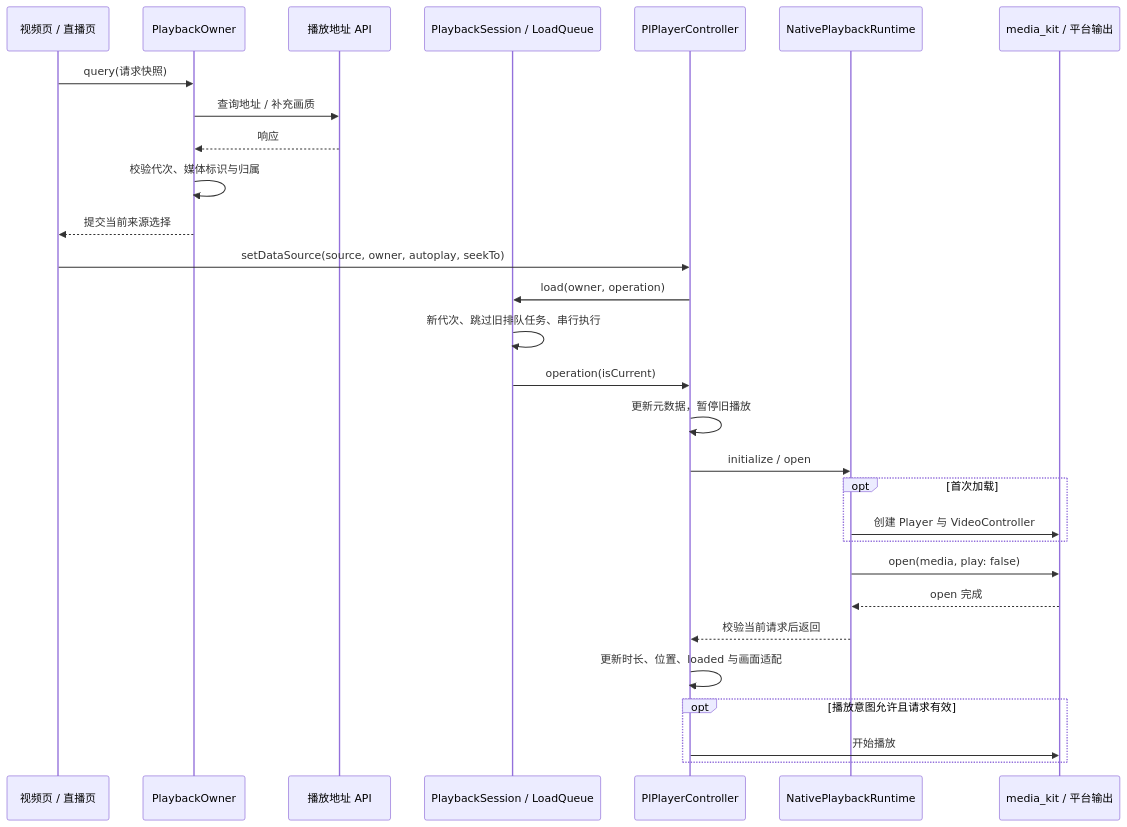
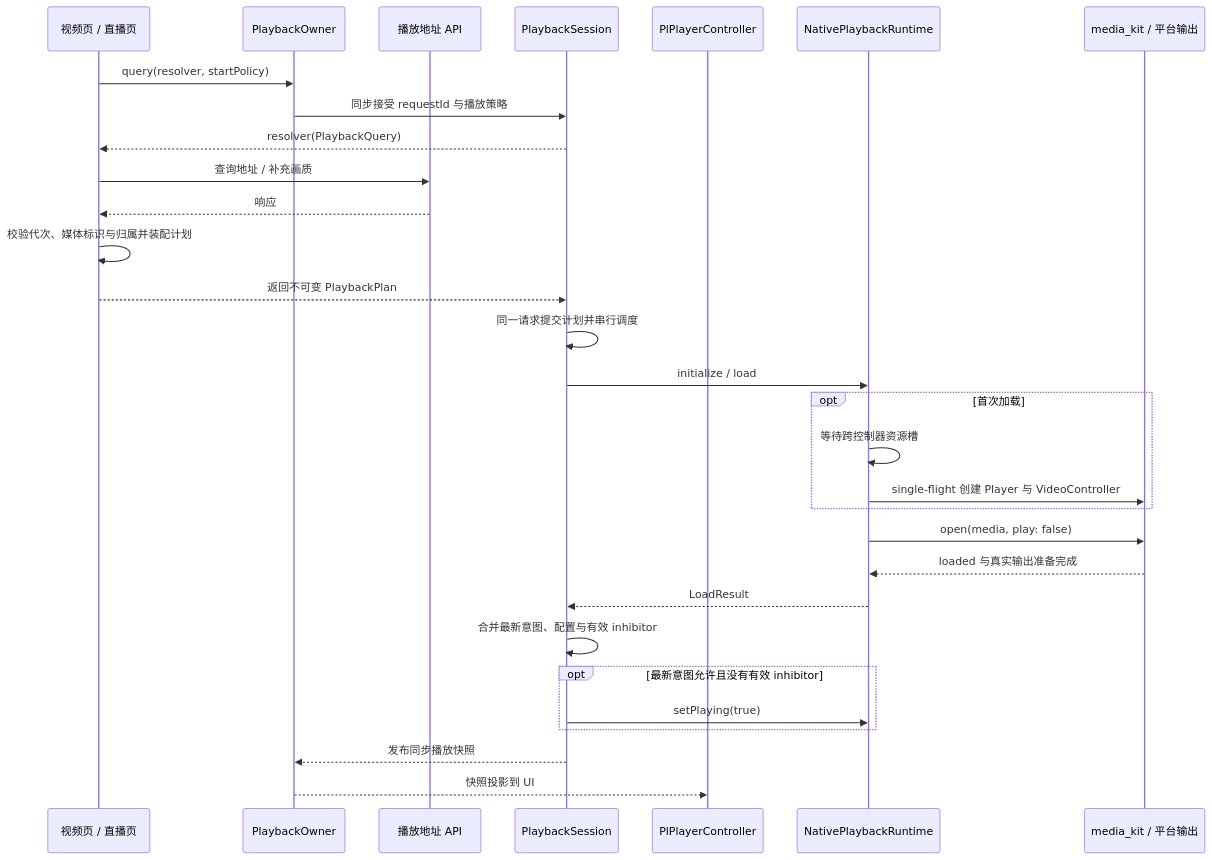
Before and after one commit to Arukasaeled/PiliAurora: the third of 8 diagrams in doc/runtime-flows.md, drawn with Mermaid. The commit also changed other lines of this file and 3 other files, not shown here.

Commit message:
docs(player): describe session lifecycle and device validation

````diff
--- a/doc/runtime-flows.md
+++ b/doc/runtime-flows.md
@@ -83,32 +85,33 @@
 ```mermaid
 sequenceDiagram
     participant Page as 视频页 / 直播页
     participant Owner as PlaybackOwner
     participant Http as 播放地址 API
-    participant Session as PlaybackSession / LoadQueue
+    participant Session as PlaybackSession
     participant C as PlPlayerController
     participant Runtime as NativePlaybackRuntime
     participant P as media_kit / 平台输出
 
-    Page->>Owner: query(请求快照)
-    Owner->>Http: 查询地址 / 补充画质
-    Http-->>Owner: 响应
-    Owner->>Owner: 校验代次、媒体标识与归属
-    Owner-->>Page: 提交当前来源选择
-    Page->>C: setDataSource(source, owner, autoplay, seekTo)
-    C->>Session: load(owner, operation)
-    Session->>Session: 新代次、跳过旧排队任务、串行执行
-    Session->>C: operation(isCurrent)
-    C->>C: 更新元数据，暂停旧播放
-    C->>Runtime: initialize / open
+    Page->>Owner: query(resolver, startPolicy)
+    Owner->>Session: 同步接受 requestId 与播放策略
+    Session-->>Page: resolver(PlaybackQuery)
+    Page->>Http: 查询地址 / 补充画质
+    Http-->>Page: 响应
+    Page->>Page: 校验代次、媒体标识与归属并装配计划
+    Page-->>Session: 返回不可变 PlaybackPlan
+    Session->>Session: 同一请求提交计划并串行调度
+    Session->>Runtime: initialize / load
     opt 首次加载
-        Runtime->>P: 创建 Player 与 VideoController
+        Runtime->>Runtime: 等待跨控制器资源槽
+        Runtime->>P: single-flight 创建 Player 与 VideoController
     end
     Runtime->>P: open(media, play: false)
-    P-->>Runtime: open 完成
-    Runtime-->>C: 校验当前请求后返回
-    C->>C: 更新时长、位置、loaded 与画面适配
-    opt 播放意图允许且请求有效
-        C->>P: 开始播放
+    P-->>Runtime: loaded 与真实输出准备完成
+    Runtime-->>Session: LoadResult
+    Session->>Session: 合并最新意图、配置与有效 inhibitor
+    opt 最新意图允许且没有有效 inhibitor
+        Session->>Runtime: setPlaying(true)
     end
+    Session-->>Owner: 发布同步播放快照
+    Owner-->>C: 快照投影到 UI
 ```
````
